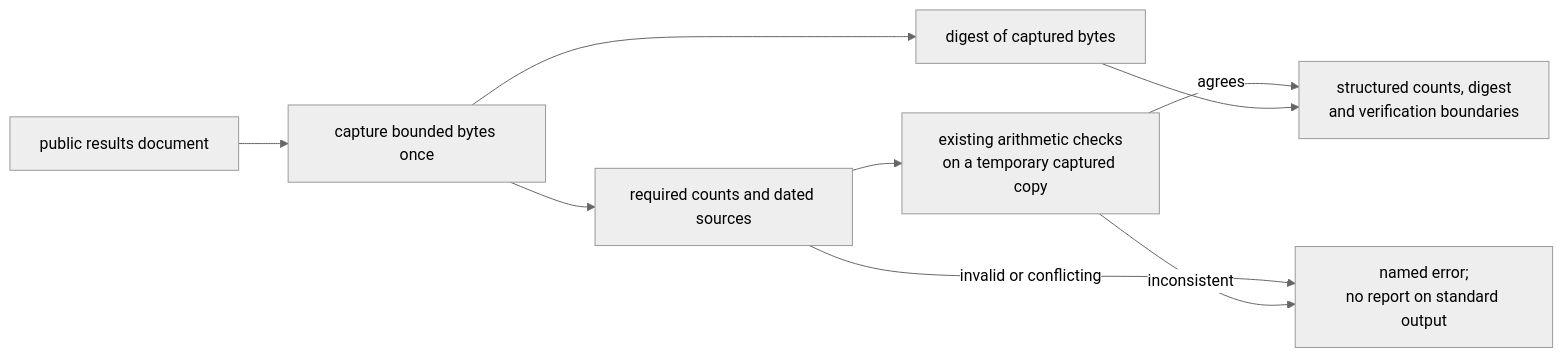
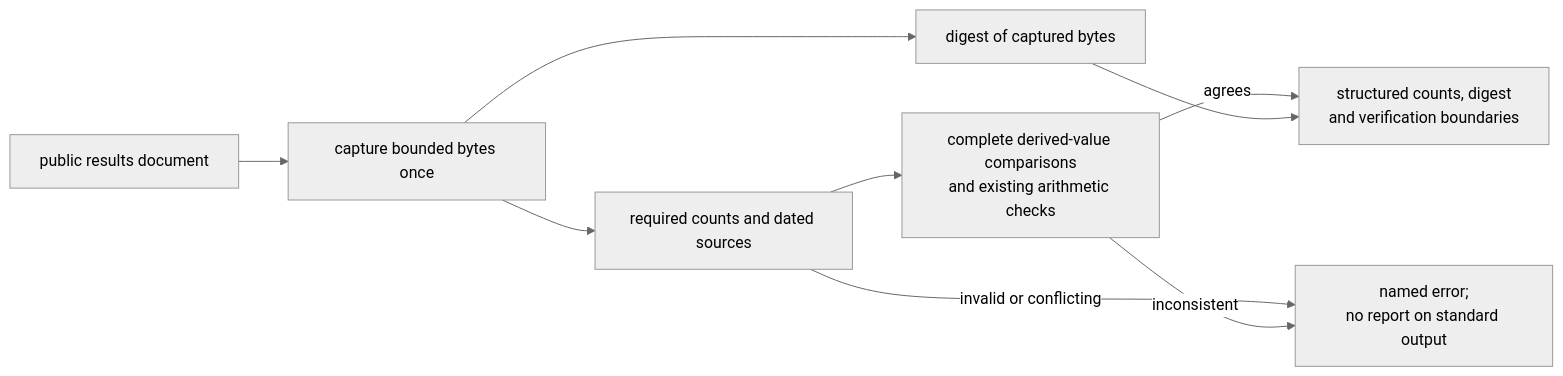
Before and after one commit to oscar-chw/qts-platform-showcase: the diagram in docs/evidence-report.md, drawn with Mermaid (neutral theme). The commit also changed other lines of this file and 10 other files, not shown here.

Commit message:
Compare complete derived fields and normalize accepted headings

````diff
--- a/docs/evidence-report.md
+++ b/docs/evidence-report.md
@@ -127,18 +132,18 @@
 ```mermaid
 flowchart LR
     input["public results document"]
     capture["capture bounded bytes once"]
     hash["digest of captured bytes"]
     fields["required counts and dated sources"]
-    arithmetic["existing arithmetic checks<br/>on a temporary captured copy"]
+    arithmetic["complete derived-value comparisons<br/>and existing arithmetic checks"]
     error["named error;<br/>no report on standard output"]
     report["structured counts, digest<br/>and verification boundaries"]
     input --> capture
     capture --> hash
     capture --> fields
     fields -->|"invalid or conflicting"| error
     fields --> arithmetic
     arithmetic -->|"inconsistent"| error
     arithmetic -->|"agrees"| report
     hash --> report
 ```
````
